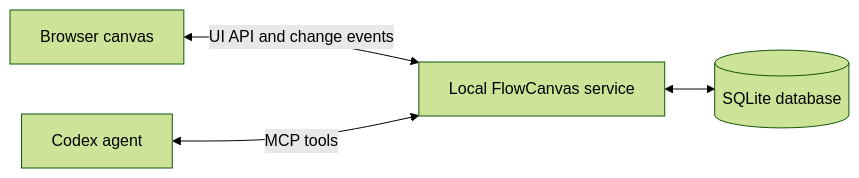
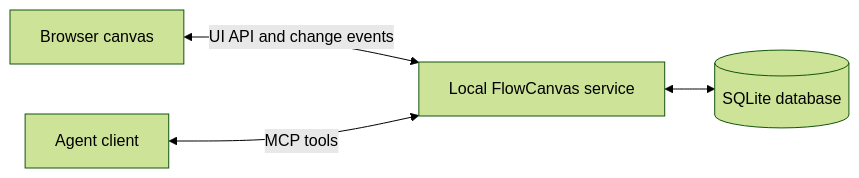
The diagram in docs/development.md (avanillaslice/FlowCanvas), drawn with Mermaid (forest theme) before and after one commit. The commit also changed other lines of this file and 19 other files, not shown here.

````diff
--- a/docs/development.md
+++ b/docs/development.md
@@ -38,6 +38,6 @@
 ```mermaid
 flowchart LR
     Browser[Browser canvas] <-->|UI API and change events| Service[Local FlowCanvas service]
-    Codex[Codex agent] <-->|MCP tools| Service
+    Agent[Agent client] <-->|MCP tools| Service
     Service <--> DB[(SQLite database)]
 ```
````
